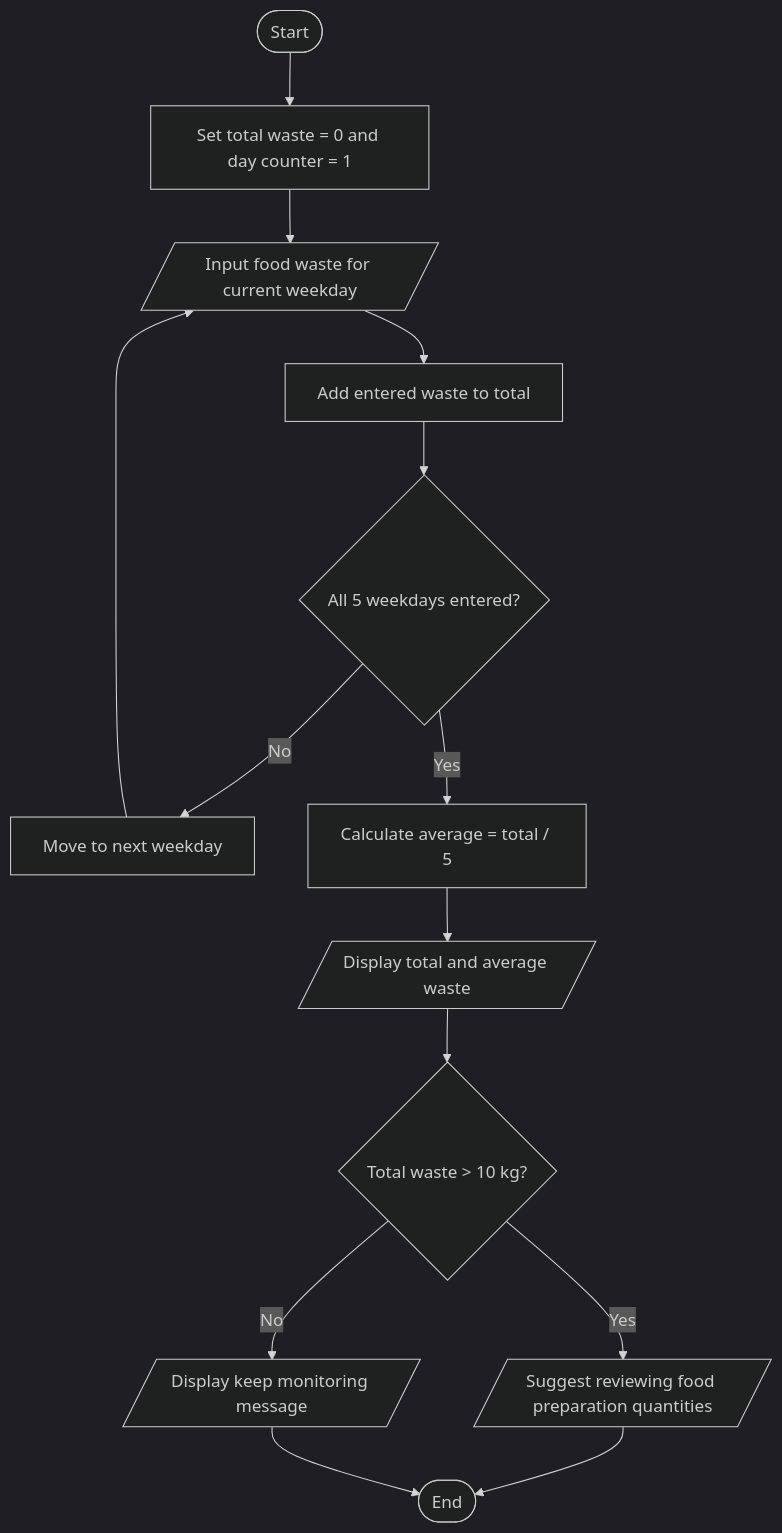
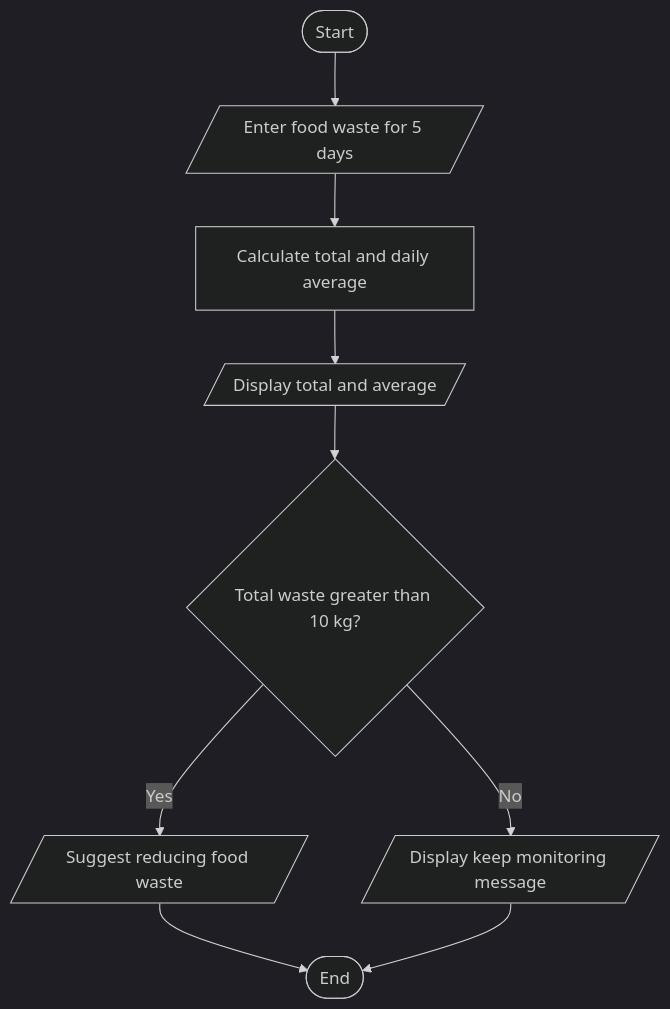
Before and after one commit to AmulyaShaineyCh/ABL-PYTHON: the diagram in 07_Food_Waste_Monitoring/flowchart.md, drawn with Mermaid (dark theme). The commit also changed other lines of this file, not shown here.

Commit message:
Simplify diagrammatic flowchart for project 7

````diff
--- a/07_Food_Waste_Monitoring/flowchart.md
+++ b/07_Food_Waste_Monitoring/flowchart.md
@@ -3,16 +3,11 @@
 ```mermaid
 flowchart TD
-    A([Start]) --> B[Set total waste = 0 and day counter = 1]
-    B --> C[/Input food waste for current weekday/]
-    C --> D[Add entered waste to total]
-    D --> E{All 5 weekdays entered?}
-    E -- No --> F[Move to next weekday]
-    F --> C
-    E -- Yes --> G[Calculate average = total / 5]
-    G --> H[/Display total and average waste/]
-    H --> I{Total waste > 10 kg?}
-    I -- Yes --> J[/Suggest reviewing food preparation quantities/]
-    I -- No --> K[/Display keep monitoring message/]
-    J --> Z([End])
-    K --> Z
+ A([Start]) --> B[/Enter food waste for 5 days/]
+ B --> C[Calculate total and daily average]
+ C --> D[/Display total and average/]
+ D --> E{Total waste greater than 10 kg?}
+ E -- Yes --> F[/Suggest reducing food waste/]
+ E -- No --> G[/Display keep monitoring message/]
+ F --> H([End])
+ G --> H
 ```
````
